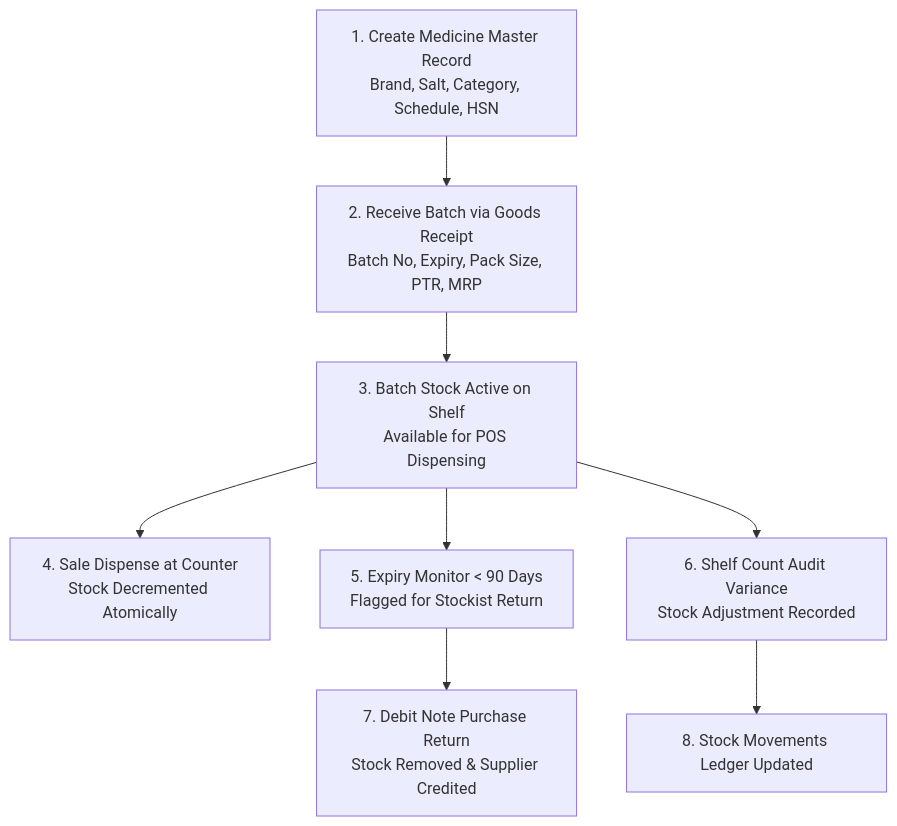
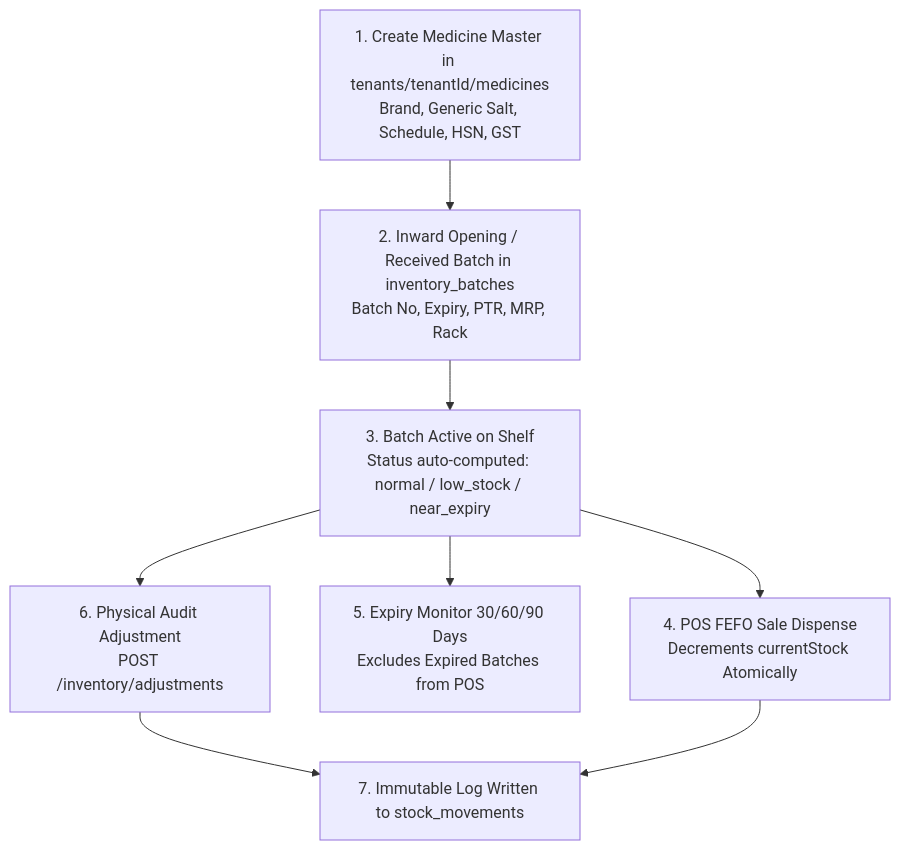
Before and after one commit to dhandesaurav37/pharmadesk: the third of 4 diagrams in docs/business-workflows.md, drawn with Mermaid. The commit also changed other lines of this file and 37 other files, not shown here.

````diff
--- a/docs/business-workflows.md
+++ b/docs/business-workflows.md
@@ -91,10 +82,10 @@
 ```mermaid
 flowchart TD
-    AddMed[1. Create Medicine Master Record\nBrand, Salt, Category, Schedule, HSN] --> InwardBatch[2. Receive Batch via Goods Receipt\nBatch No, Expiry, Pack Size, PTR, MRP]
-    InwardBatch --> AvailableStock[3. Batch Stock Active on Shelf\nAvailable for POS Dispensing]
-    AvailableStock --> Dispense[4. Sale Dispense at Counter\nStock Decremented Atomically]
-    AvailableStock --> NearExpiry[5. Expiry Monitor < 90 Days\nFlagged for Stockist Return]
-    AvailableStock --> AuditVar[6. Shelf Count Audit Variance\nStock Adjustment Recorded]
-    NearExpiry --> StockistReturn[7. Debit Note Purchase Return\nStock Removed & Supplier Credited]
-    AuditVar --> StockMovement[8. Stock Movements Ledger Updated]
+    AddMed[1. Create Medicine Master in tenants/tenantId/medicines\nBrand, Generic Salt, Schedule, HSN, GST] --> InwardBatch[2. Inward Opening / Received Batch in inventory_batches\nBatch No, Expiry, PTR, MRP, Rack]
+    InwardBatch --> AvailableStock[3. Batch Active on Shelf\nStatus auto-computed: normal / low_stock / near_expiry]
+    AvailableStock --> Dispense[4. POS FEFO Sale Dispense\nDecrements currentStock Atomically]
+    AvailableStock --> NearExpiry[5. Expiry Monitor 30/60/90 Days\nExcludes Expired Batches from POS]
+    AvailableStock --> AuditVar[6. Physical Audit Adjustment\nPOST /inventory/adjustments]
+    AuditVar --> StockMovement[7. Immutable Log Written to stock_movements]
+    Dispense --> StockMovement
 ```
````
